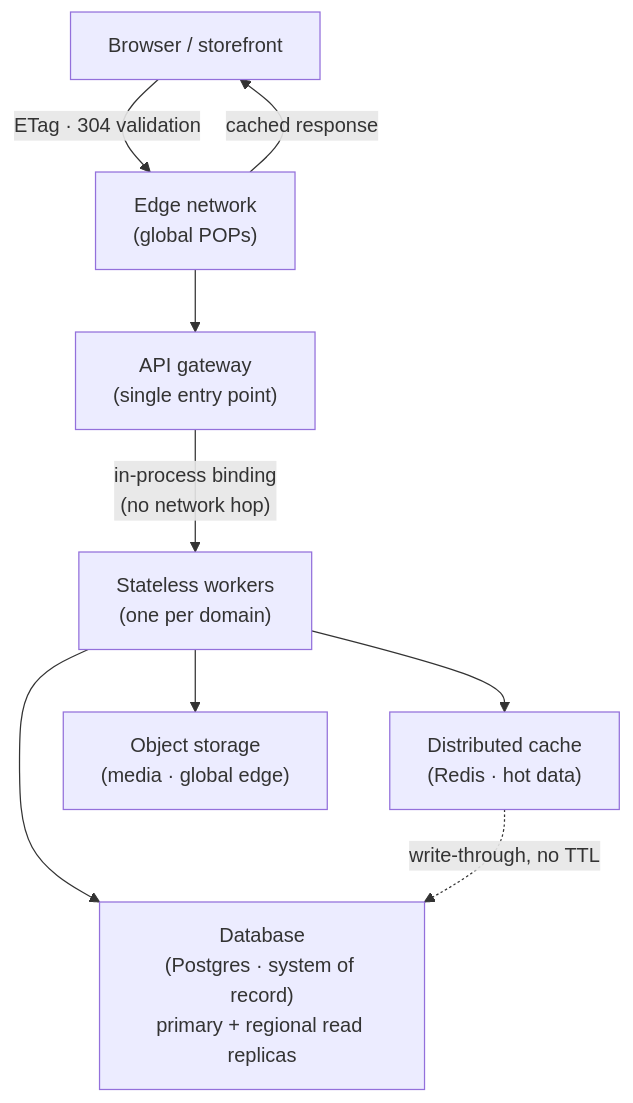
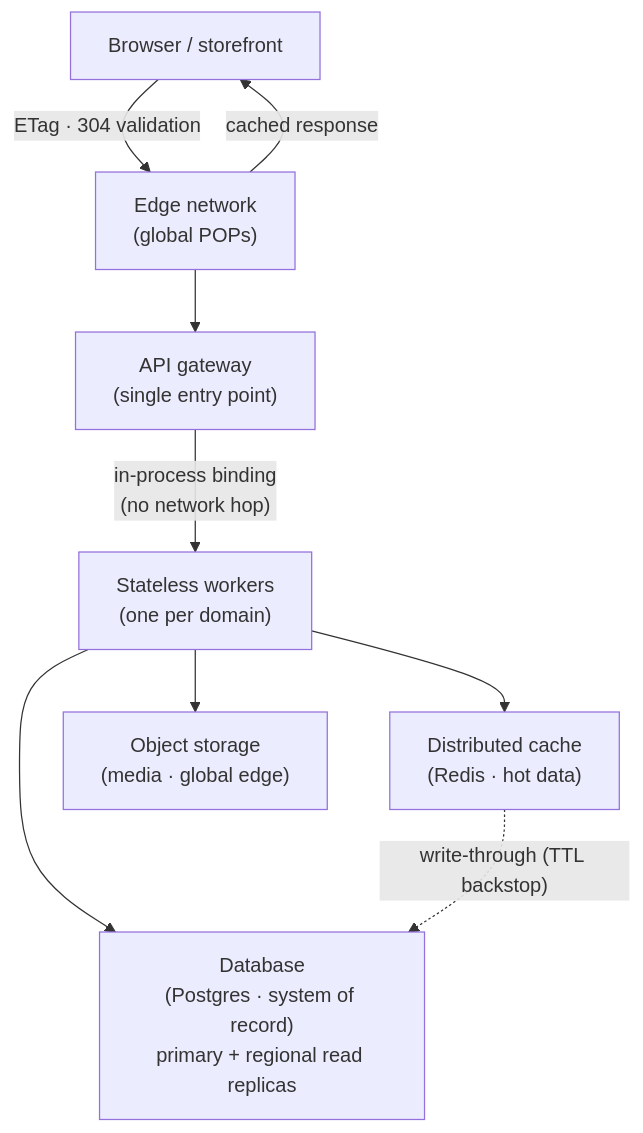
The diagram in how-gc-works/overview.mdx (TyBrite/docs), drawn with Mermaid before and after one commit. The commit also changed 2 other files, not shown here.

Commit message:
docs: add Disputes to SDK nav + service list; fix "no TTL" wording
Register DisputesService under the Marketplace group in docs.json (the page existed but wasn't in the
sidebar) and add a client.disputes row to the SDK service reference. Correct the how-gc-works overview
diagram label from "write-through, no TTL" to "write-through (TTL backstop)" — business data is kept
correct by invalidation first, but every entry still has a TTL backstop.

````diff
--- a/how-gc-works/overview.mdx
+++ b/how-gc-works/overview.mdx
@@ -18,11 +18,11 @@
 ```mermaid
 graph TD
     B["Browser / storefront"] -->|"ETag · 304 validation"| E["Edge network<br/>(global POPs)"]
     E -->|"cached response"| B
     E --> G["API gateway<br/>(single entry point)"]
     G -->|"in-process binding<br/>(no network hop)"| W["Stateless workers<br/>(one per domain)"]
     W --> C["Distributed cache<br/>(Redis · hot data)"]
     W --> DB["Database<br/>(Postgres · system of record)<br/>primary + regional read replicas"]
     W --> O["Object storage<br/>(media · global edge)"]
-    C -.->|"write-through, no TTL"| DB
+    C -.->|"write-through (TTL backstop)"| DB
 ```
````
